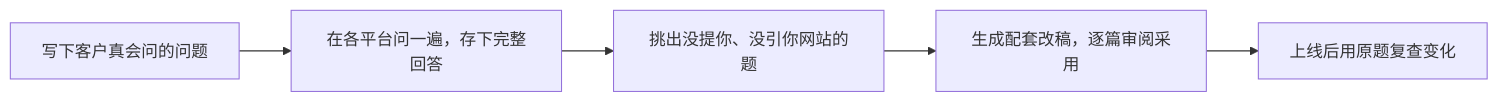
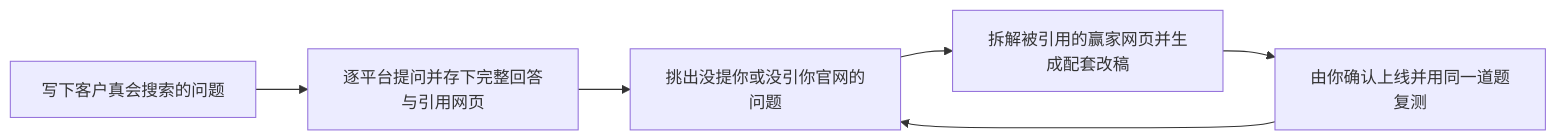
Before and after one commit to cooleryu/opengeo: the diagram in README.zh-CN.md, drawn with Mermaid. The commit also changed other lines of this file and 6 other files, not shown here.

````diff
--- a/README.zh-CN.md
+++ b/README.zh-CN.md
@@ -48,7 +51,8 @@
 ```mermaid
 flowchart LR
-    A["写下客户真会问的问题"] --> B["在各平台问一遍，存下完整回答"]
-    B --> C["挑出没提你、没引你网站的题"]
-    C --> D["生成配套改稿，逐篇审阅采用"]
-    D --> E["上线后用原题复查变化"]
+    A["写下客户真会搜索的问题"] --> B["逐平台提问并存下完整回答与引用网页"]
+    B --> C["挑出没提你或没引你官网的问题"]
+    C --> D["拆解被引用的赢家网页并生成配套改稿"]
+    D --> E["由你确认上线并用同一道题复测"]
+    E --> C
 ```
````
